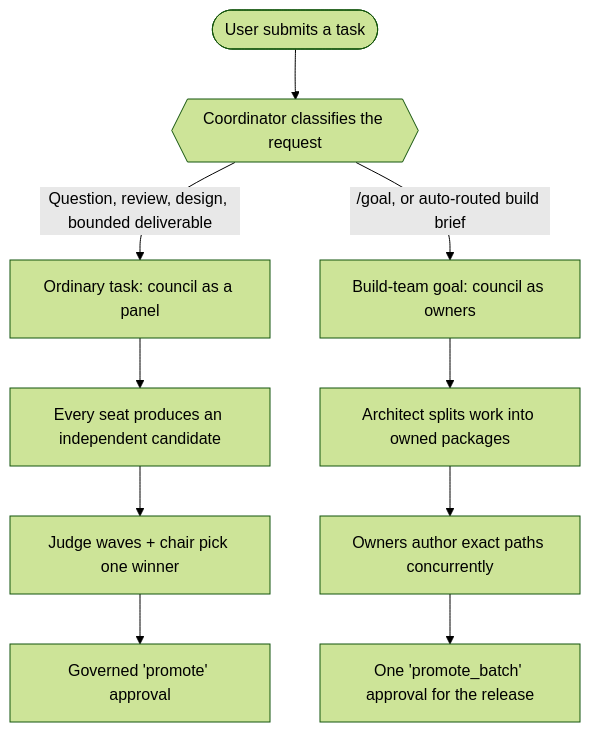
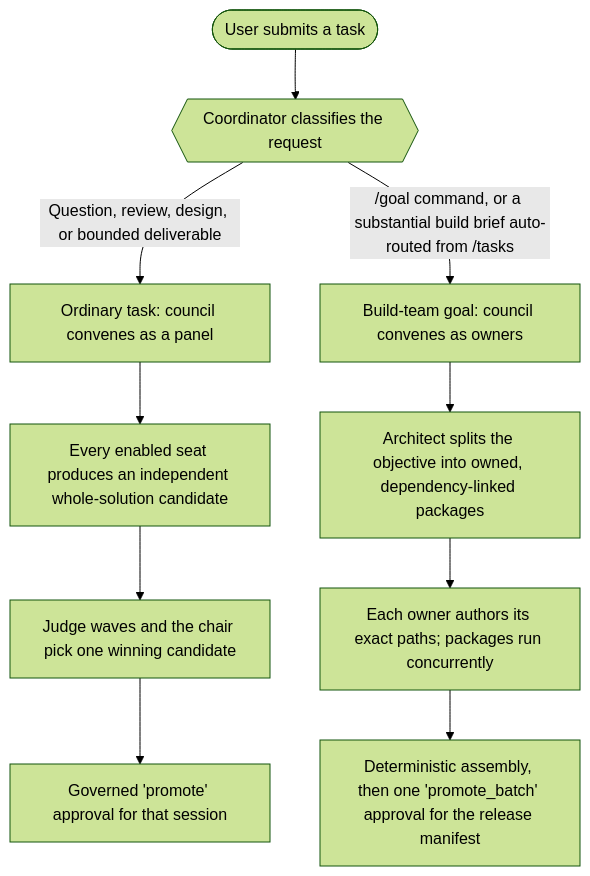
Before and after one commit to Digitalgods2/gangof8: the first of 3 diagrams in README.md, drawn with Mermaid (forest theme). The commit also changed other lines of this file, not shown here.

First line of the commit message:
fix: use Mermaid markdown-string labels to stop node truncation

````diff
--- a/README.md
+++ b/README.md
@@ -51,16 +51,16 @@
 ```mermaid
 flowchart TD
-    Start(["User submits a task"]) --> Classify{{"Coordinator classifies the request"}}
+    Start(["User submits a task"]) --> Classify{{"`Coordinator classifies the request`"}}
 
-    Classify -->|"Question, review, design, bounded deliverable"| Ordinary["Ordinary task: council as a panel"]
-    Classify -->|"/goal, or auto-routed build brief"| Goal["Build-team goal: council as owners"]
+    Classify -->|"`Question, review, design, or bounded deliverable`"| Ordinary["`Ordinary task: council convenes as a panel`"]
+    Classify -->|"`/goal command, or a substantial build brief auto-routed from /tasks`"| Goal["`Build-team goal: council convenes as owners`"]
 
-    Ordinary --> OrdinaryWhat["Every seat produces an independent candidate"]
-    Goal --> GoalWhat["Architect splits work into owned packages"]
+    Ordinary --> OrdinaryWhat["`Every enabled seat produces an independent whole-solution candidate`"]
+    Goal --> GoalWhat["`Architect splits the objective into owned, dependency-linked packages`"]
 
-    OrdinaryWhat --> OrdinaryPick["Judge waves + chair pick one winner"]
-    GoalWhat --> GoalPick["Owners author exact paths concurrently"]
+    OrdinaryWhat --> OrdinaryPick["`Judge waves and the chair pick one winning candidate`"]
+    GoalWhat --> GoalPick["`Each owner authors its exact paths; packages run concurrently`"]
 
-    OrdinaryPick --> OrdinaryDeliver["Governed 'promote' approval"]
-    GoalPick --> GoalDeliver["One 'promote_batch' approval for the release"]
+    OrdinaryPick --> OrdinaryDeliver["`Governed 'promote' approval for that session`"]
+    GoalPick --> GoalDeliver["`Deterministic assembly, then one 'promote_batch' approval for the release manifest`"]
 ```
````
